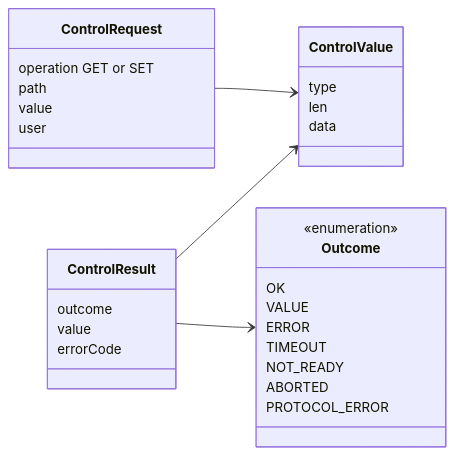
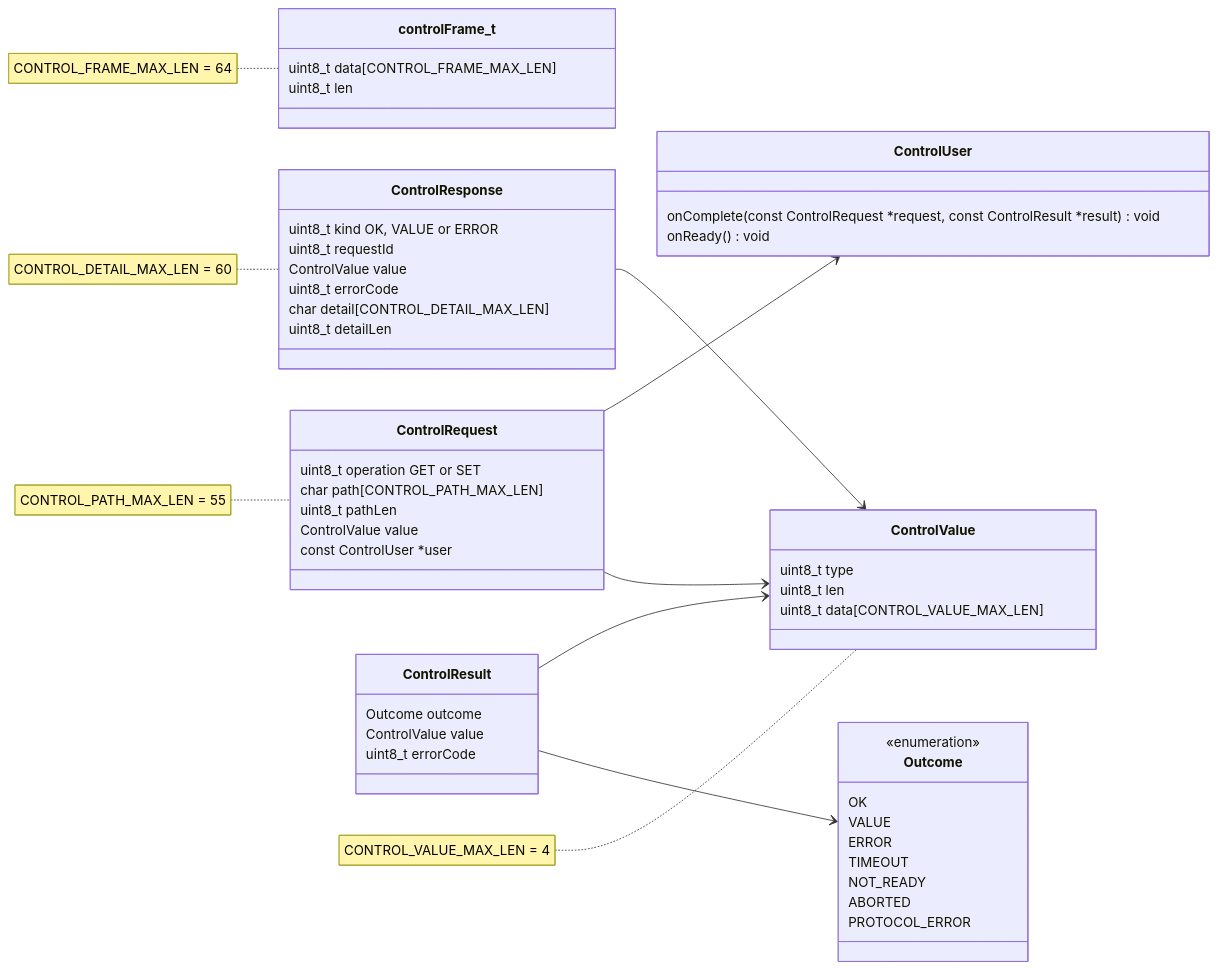
Before and after one commit to bitcraze/crazyflie-firmware: the second of 9 diagrams in docs/functional-areas/camera-deck-control.md, drawn with Mermaid. The commit also changed other lines of this file, not shown here.

Commit message:
doc: Added types diagram and function declarations

````diff
--- a/docs/functional-areas/camera-deck-control.md
+++ b/docs/functional-areas/camera-deck-control.md
@@ -206,38 +203,64 @@
 ```mermaid
 classDiagram
     direction LR
 
+    class controlFrame_t {
+        uint8_t data[CONTROL_FRAME_MAX_LEN]
+        uint8_t len
+    }
+    note for controlFrame_t "CONTROL_FRAME_MAX_LEN = 64"
+
+    class ControlResponse {
+        uint8_t kind OK, VALUE or ERROR
+        uint8_t requestId
+        ControlValue value
+        uint8_t errorCode
+        char detail[CONTROL_DETAIL_MAX_LEN]
+        uint8_t detailLen
+    }
+    note for ControlResponse "CONTROL_DETAIL_MAX_LEN = 60"
+
     class ControlRequest {
-        operation GET or SET
-        path
-        value
-        user
+        uint8_t operation GET or SET
+        char path[CONTROL_PATH_MAX_LEN]
+        uint8_t pathLen
+        ControlValue value
+        const ControlUser *user
+    }
+    note for ControlRequest "CONTROL_PATH_MAX_LEN = 55"
+
+    class ControlUser {
+        onComplete(const ControlRequest *request, const ControlResult *result) void
+        onReady() void
     }
 
     class ControlResult {
-        outcome
-        value
-        errorCode
+        Outcome outcome
+        ControlValue value
+        uint8_t errorCode
     }
 
     class Outcome {
         <<enumeration>>
         OK
         VALUE
         ERROR
         TIMEOUT
         NOT_READY
         ABORTED
         PROTOCOL_ERROR
     }
 
     class ControlValue {
-        type
-        len
-        data
+        uint8_t type
+        uint8_t len
+        uint8_t data[CONTROL_VALUE_MAX_LEN]
     }
+    note for ControlValue "CONTROL_VALUE_MAX_LEN = 4"
 
     ControlResult --> Outcome
     ControlRequest --> ControlValue
+    ControlRequest --> ControlUser
     ControlResult --> ControlValue
+    ControlResponse --> ControlValue
 ```
````
